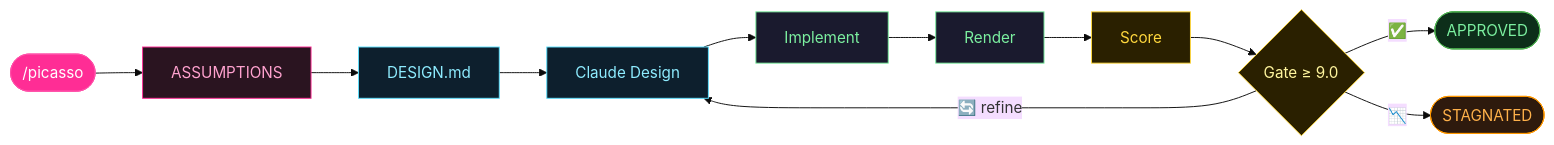
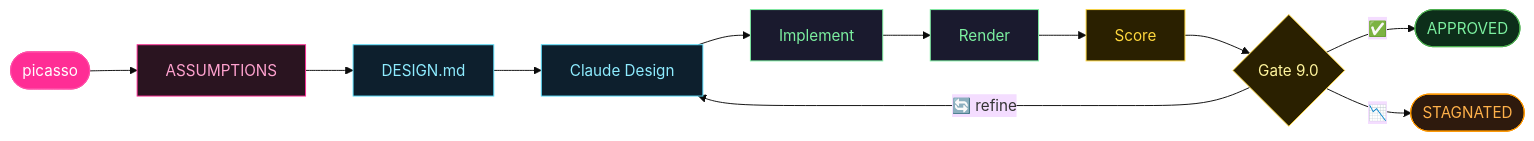
Before and after one commit to RazvanGabrielNiculae/picasso-claude-design-claude-code-bridge-loop: the first of 7 diagrams in README.md, drawn with Mermaid (base theme). The commit also changed other lines of this file, not shown here.

Commit message:
fix: Mermaid syntax errors — remove slash from node labels, replace unsupported bidirectional arrows

````diff
--- a/README.md
+++ b/README.md
@@ -59,18 +59,18 @@
 ```mermaid
 flowchart LR
-    A([/picasso]) --> B[ASSUMPTIONS] --> C[DESIGN.md] --> D[Claude Design] --> E[Implement] --> F[Render] --> G[Score] --> H{Gate ≥ 9.0}
+    A([picasso]) --> B[ASSUMPTIONS] --> C[DESIGN.md] --> D[Claude Design] --> E[Implement] --> F[Render] --> G[Score] --> H{Gate 9.0}
     H -- "✅" --> I([APPROVED])
     H -- "📉" --> J([STAGNATED])
     H -- "🔄 refine" --> D
 
     style A fill:#ff2d95,stroke:#ff4fa8,color:#fff
     style B fill:#2a1420,stroke:#ff2d95,color:#ffa2cf
     style C fill:#0d1f2d,stroke:#5ce1ff,color:#8eecff
     style D fill:#0d1f2d,stroke:#5ce1ff,color:#8eecff
     style E fill:#1a1a2e,stroke:#7cf0a0,color:#7cf0a0
     style F fill:#1a1a2e,stroke:#7cf0a0,color:#7cf0a0
     style G fill:#2a2000,stroke:#ffd83d,color:#ffd83d
     style H fill:#2a2000,stroke:#ffd83d,color:#fff59d
     style I fill:#0d2e1a,stroke:#4caf50,color:#7cf0a0
     style J fill:#2e1a0d,stroke:#ff9800,color:#ffb14a
 ```
````
